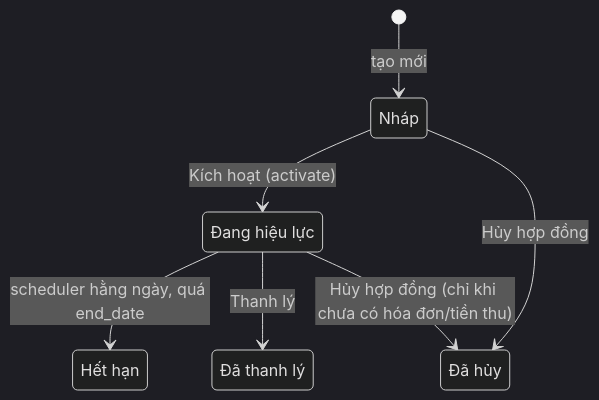
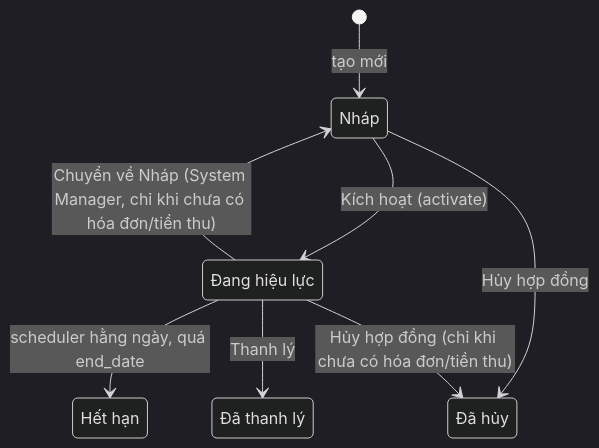
The second of 6 diagrams in docs/nghiep-vu/vong-doi-chung-tu.md (linhnv281222/LHA01), drawn with Mermaid (dark theme) before and after one commit. The commit also changed other lines of this file and 8 other files, not shown here.

````diff
--- a/docs/nghiep-vu/vong-doi-chung-tu.md
+++ b/docs/nghiep-vu/vong-doi-chung-tu.md
@@ -91,13 +91,14 @@
 ```mermaid
 stateDiagram-v2
     [*] --> Nháp: tạo mới
     Nháp --> ĐangHiệuLực: Kích hoạt (activate)
     Nháp --> ĐãHủy: Hủy hợp đồng
     ĐangHiệuLực --> HếtHạn: scheduler hằng ngày, quá end_date
     ĐangHiệuLực --> ĐãThanhLý: Thanh lý
     ĐangHiệuLực --> ĐãHủy: Hủy hợp đồng (chỉ khi chưa có hóa đơn/tiền thu)
+    ĐangHiệuLực --> Nháp: Chuyển về Nháp (System Manager, chỉ khi chưa có hóa đơn/tiền thu)
     state "Đang hiệu lực" as ĐangHiệuLực
     state "Hết hạn" as HếtHạn
     state "Đã thanh lý" as ĐãThanhLý
     state "Đã hủy" as ĐãHủy
 ```
````
